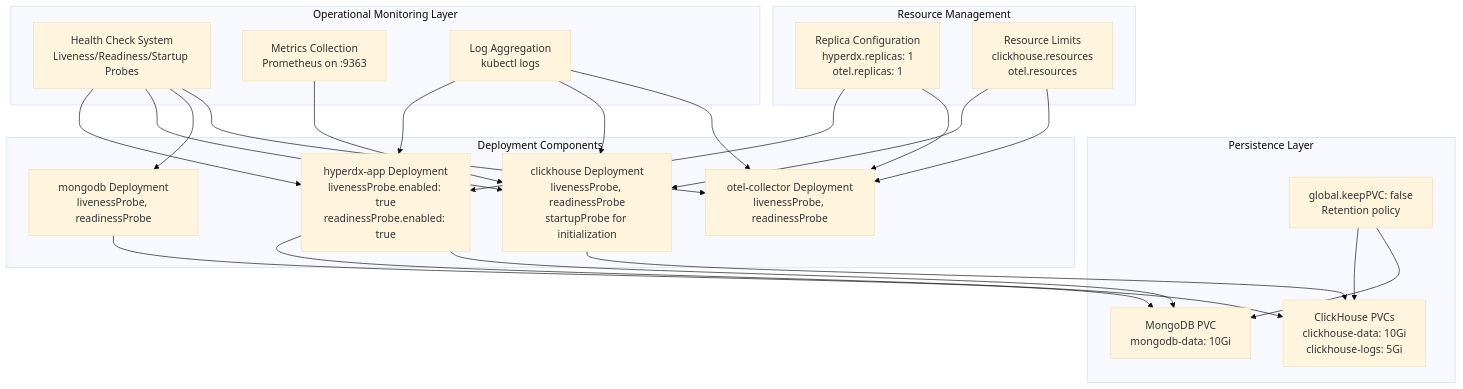
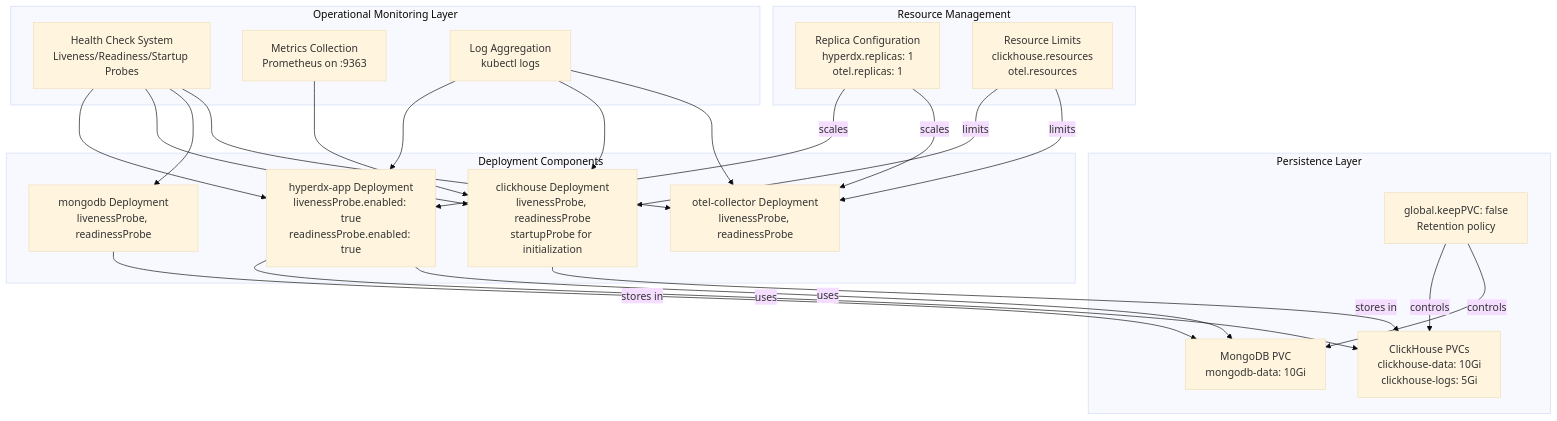
The first of 10 diagrams in docs/hyperdxio-helm-charts-docs/Operations-and-Maintenance.md (openchoreo/openchoreo), drawn with Mermaid (base theme) before and after one commit. The commit also changed other lines of this file and 85 other files, not shown here.

Commit message:
feat: Add new workflow and specification templates, update Helm chart dependencies, and clarify documentation diagrams.

````diff
--- a/docs/hyperdxio-helm-charts-docs/Operations-and-Maintenance.md
+++ b/docs/hyperdxio-helm-charts-docs/Operations-and-Maintenance.md
@@ -16,59 +16,59 @@
 ```mermaid
 flowchart TD
 
 HealthChecks["Health Check System<br>Liveness/Readiness/Startup Probes"]
 Metrics["Metrics Collection<br>Prometheus on :9363"]
 Logs["Log Aggregation<br>kubectl logs"]
 HyperDXApp["hyperdx-app Deployment<br>livenessProbe.enabled: true<br>readinessProbe.enabled: true"]
 ClickHouse["clickhouse Deployment<br>livenessProbe, readinessProbe<br>startupProbe for initialization"]
 MongoDB["mongodb Deployment<br>livenessProbe, readinessProbe"]
 OTEL["otel-collector Deployment<br>livenessProbe, readinessProbe"]
 CHData["ClickHouse PVCs<br>clickhouse-data: 10Gi<br>clickhouse-logs: 5Gi"]
 MongoData["MongoDB PVC<br>mongodb-data: 10Gi"]
 KeepPVC["global.keepPVC: false<br>Retention policy"]
 Replicas["Replica Configuration<br>hyperdx.replicas: 1<br>otel.replicas: 1"]
 Resources["Resource Limits<br>clickhouse.resources<br>otel.resources"]
 
 HealthChecks --> HyperDXApp
 HealthChecks --> ClickHouse
 HealthChecks --> MongoDB
 HealthChecks --> OTEL
 Metrics --> ClickHouse
 Logs --> HyperDXApp
 Logs --> ClickHouse
 Logs --> OTEL
-HyperDXApp --> CHData
-HyperDXApp --> MongoData
-ClickHouse --> CHData
-MongoDB --> MongoData
-Resources --> ClickHouse
-Resources --> OTEL
-Replicas --> HyperDXApp
-Replicas --> OTEL
+HyperDXApp -->|"uses"| CHData
+HyperDXApp -->|"uses"| MongoData
+ClickHouse -->|"stores in"| CHData
+MongoDB -->|"stores in"| MongoData
+Resources -->|"limits"| ClickHouse
+Resources -->|"limits"| OTEL
+Replicas -->|"scales"| HyperDXApp
+Replicas -->|"scales"| OTEL
 
 subgraph subGraph3 ["Resource Management"]
     Replicas
     Resources
 end
 
 subgraph subGraph2 ["Persistence Layer"]
     CHData
     MongoData
     KeepPVC
-    KeepPVC --> CHData
-    KeepPVC --> MongoData
+    KeepPVC -->|"controls"| CHData
+    KeepPVC -->|"controls"| MongoData
 end
 
 subgraph subGraph1 ["Deployment Components"]
     HyperDXApp
     ClickHouse
     MongoDB
     OTEL
 end
 
 subgraph subGraph0 ["Operational Monitoring Layer"]
     HealthChecks
     Metrics
     Logs
 end
 ```
````
